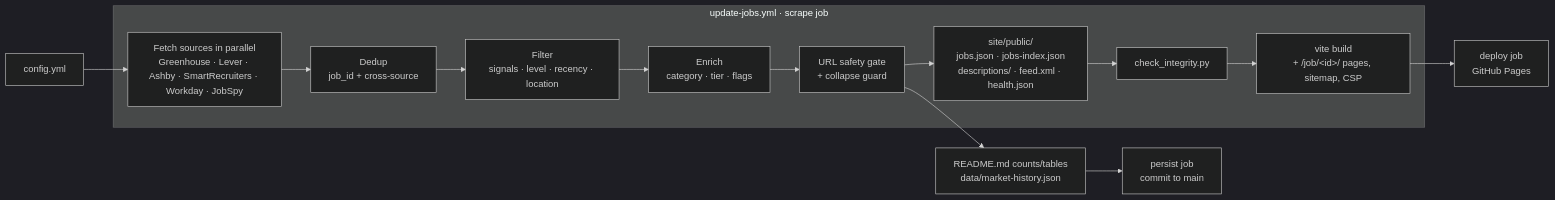
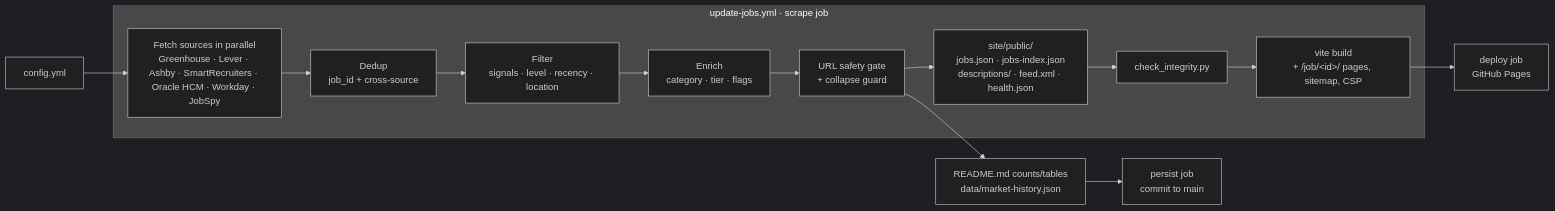
The diagram in docs/architecture.md (ambicuity/New-Grad-Jobs), drawn with Mermaid (dark theme) before and after one commit. The commit also changed other lines of this file and 21 other files, not shown here.

First line of the commit message:
feat(sources): add an Oracle HCM source with 21 verified careers sites (#395)

````diff
--- a/docs/architecture.md
+++ b/docs/architecture.md
@@ -9,16 +9,16 @@
 ```mermaid
 flowchart LR
     cfg[config.yml] --> fetch
     subgraph scrape["update-jobs.yml · scrape job"]
-        fetch["Fetch sources in parallel<br/>Greenhouse · Lever · Ashby · SmartRecruiters · Workday · JobSpy"] --> dedup[Dedup<br/>job_id + cross-source]
+        fetch["Fetch sources in parallel<br/>Greenhouse · Lever · Ashby · SmartRecruiters · Oracle HCM · Workday · JobSpy"] --> dedup[Dedup<br/>job_id + cross-source]
         dedup --> filter[Filter<br/>signals · level · recency · location]
         filter --> enrich[Enrich<br/>category · tier · flags]
         enrich --> gate[URL safety gate<br/>+ collapse guard]
         gate --> out["site/public/<br/>jobs.json · jobs-index.json<br/>descriptions/ · feed.xml · health.json"]
         out --> check[check_integrity.py]
         check --> build["vite build<br/>+ /job/&lt;id&gt;/ pages, sitemap, CSP"]
     end
     build --> deploy[deploy job<br/>GitHub Pages]
     gate --> state[README.md counts/tables<br/>data/market-history.json]
     state --> persist[persist job<br/>commit to main]
 ```
````
